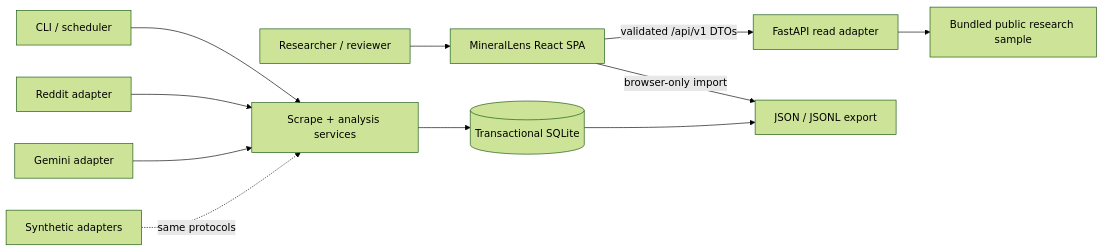
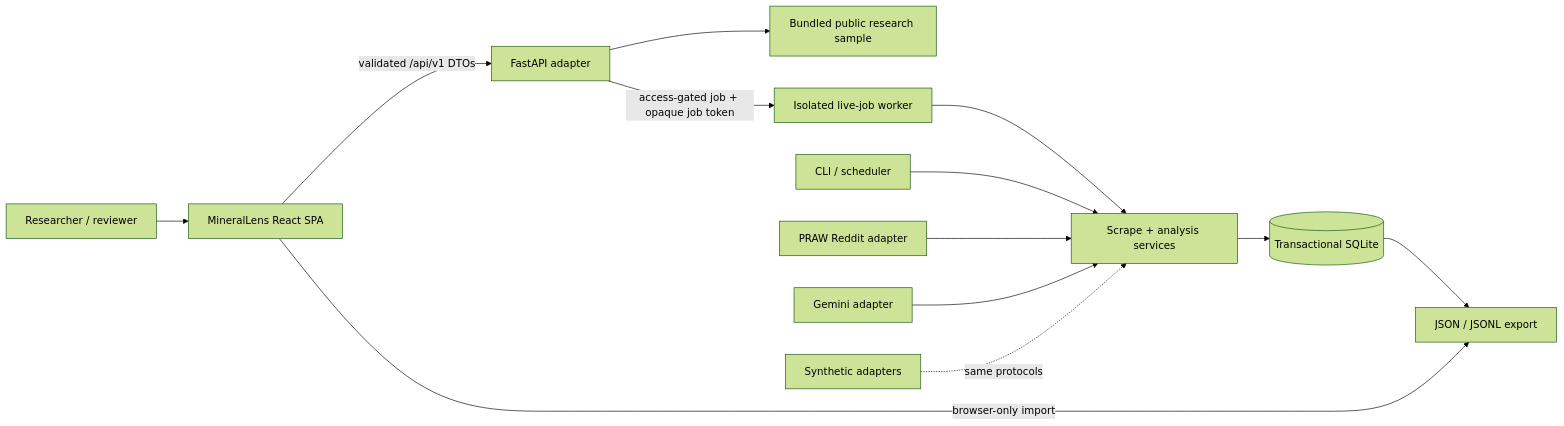
The diagram in README.md (Mohemed-Amine-Chalhy/reddit_minerals_scraper-), drawn with Mermaid (forest theme) before and after one commit. The commit also changed other lines of this file and 14 other files, not shown here.

First line of the commit message:
docs: document live Reddit setup and operations

````diff
--- a/README.md
+++ b/README.md
@@ -82,14 +84,16 @@
 ```mermaid
 flowchart LR
     VIEWER["Researcher / reviewer"] --> SPA["MineralLens React SPA"]
-    SPA -->|"validated /api/v1 DTOs"| API["FastAPI read adapter"]
+    SPA -->|"validated /api/v1 DTOs"| API["FastAPI adapter"]
     SPA -->|"browser-only import"| LOCAL["JSON / JSONL export"]
     API --> SAMPLE["Bundled public research sample"]
+    API -->|"access-gated job + opaque job token"| LIVE["Isolated live-job worker"]
 
     CLI["CLI / scheduler"] --> SERVICES["Scrape + analysis services"]
-    REDDIT["Reddit adapter"] --> SERVICES
+    REDDIT["PRAW Reddit adapter"] --> SERVICES
+    LIVE --> SERVICES
     GEMINI["Gemini adapter"] --> SERVICES
     OFFLINE["Synthetic adapters"] -. "same protocols" .-> SERVICES
     SERVICES --> DB[("Transactional SQLite")]
     DB --> LOCAL
 ```
````
